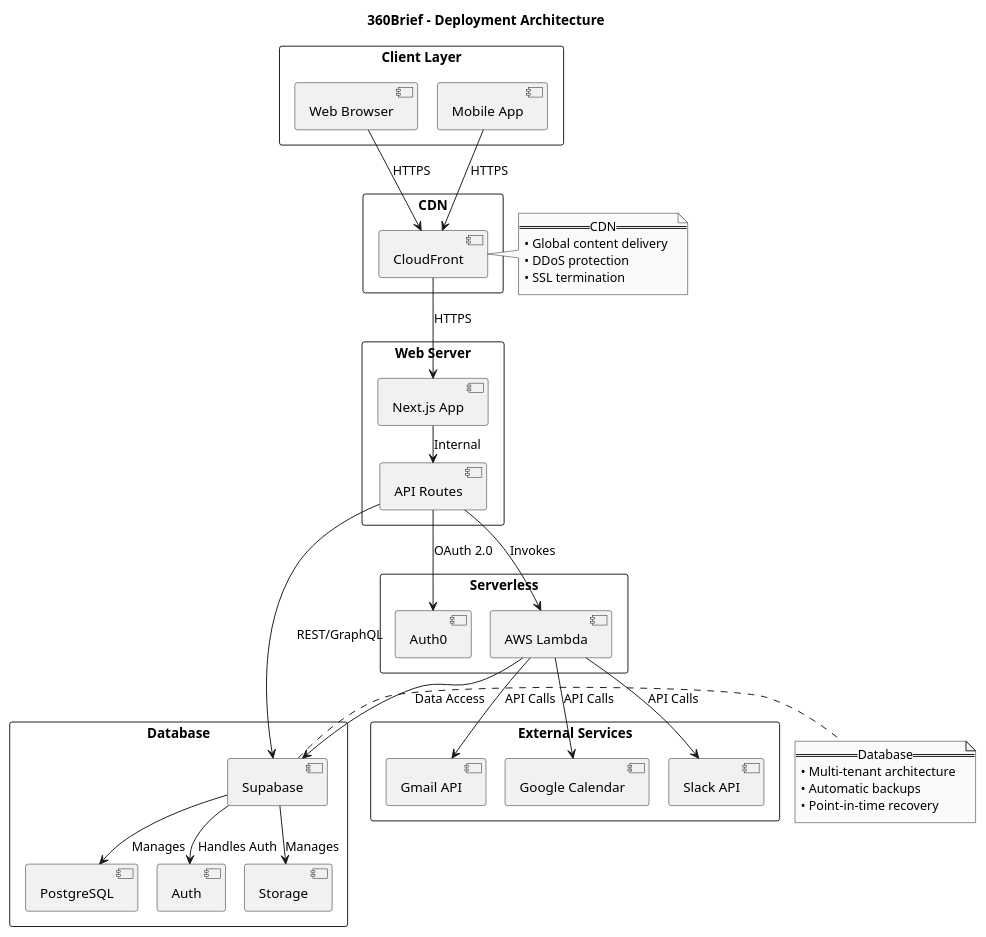
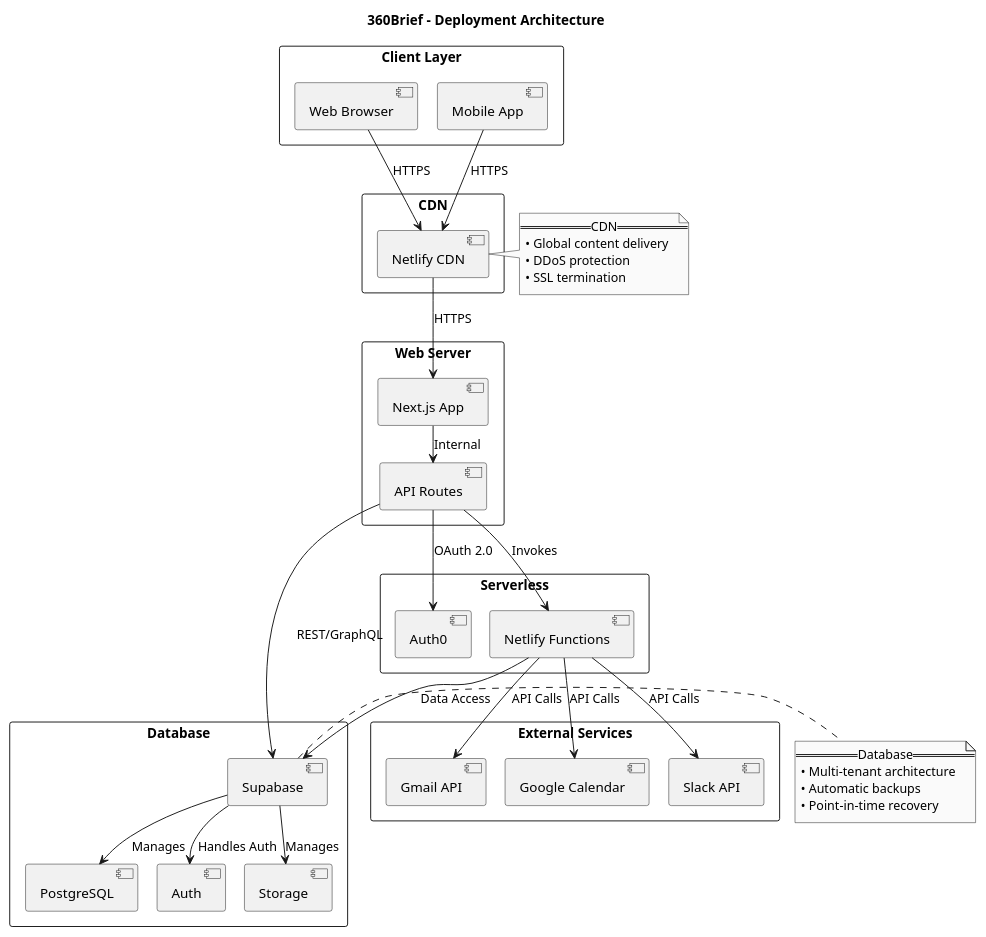
One commit to ask-andrew/360brief changed the diagram in docs/architecture/deployment_diagram.puml. Above: the diagram before and after it, drawn with PlantUML. The commit also changed 3 other files, not shown here.

Commit message:
content(home): add relatable story section and signup link; update architecture diagrams

```diff
--- a/docs/architecture/deployment_diagram.puml
+++ b/docs/architecture/deployment_diagram.puml
@@ -1,85 +1,85 @@
 @startuml 360Brief - Deployment Diagram
 
 skinparam componentStyle uml2
 skinparam monochrome true
 skinparam nodesep 20
 skinparam ranksep 20
 
 title 360Brief - Deployment Architecture
 
 ' Client Layer
 rectangle "Client Layer" as clients {
   [Web Browser] as browser
   [Mobile App] as mobile
 }
 
 ' CDN Layer
 rectangle "CDN" as cdn {
-  [CloudFront] as cloudfront
+  [Netlify CDN] as netlify_cdn
 }
 
 ' Web Server Layer
 rectangle "Web Server" as web {
   [Next.js App] as nextjs
   [API Routes] as api
 }
 
 ' Serverless Layer
 rectangle "Serverless" as serverless {
   [Auth0] as auth0
-  [AWS Lambda] as lambda
+  [Netlify Functions] as netlify_fn
 }
 
 ' Database Layer
 rectangle "Database" as db {
   [Supabase] as supabase
   [PostgreSQL] as postgres
   [Auth] as supabase_auth
   [Storage] as storage
 }
 
 ' External Services
 rectangle "External Services" as external {
   [Gmail API] as gmail
   [Google Calendar] as calendar
   [Slack API] as slack
 }
 
 ' Define relationships
-browser --> cloudfront : HTTPS
-mobile --> cloudfront : HTTPS
+browser --> netlify_cdn : HTTPS
+mobile --> netlify_cdn : HTTPS
 
 ' Internal connections
-cloudfront --> nextjs : HTTPS
+netlify_cdn --> nextjs : HTTPS
 nextjs --> api : Internal
 api --> auth0 : OAuth 2.0
-api --> lambda : Invokes
+api --> netlify_fn : Invokes
 api --> supabase : REST/GraphQL
 
 ' Database connections
 supabase --> postgres : Manages
 supabase --> supabase_auth : Handles Auth
 supabase --> storage : Manages
 
 ' External service connections
-lambda --> gmail : API Calls
-lambda --> calendar : API Calls
-lambda --> slack : API Calls
-lambda --> supabase : Data Access
+netlify_fn --> gmail : API Calls
+netlify_fn --> calendar : API Calls
+netlify_fn --> slack : API Calls
+netlify_fn --> supabase : Data Access
 
 ' Add notes
-note right of cloudfront
+note right of netlify_cdn
   == CDN ==
   • Global content delivery
   • DDoS protection
   • SSL termination
 end note
 
 note right of supabase
   == Database ==
   • Multi-tenant architecture
   • Automatic backups
   • Point-in-time recovery
 end note
 
 @enduml
```
